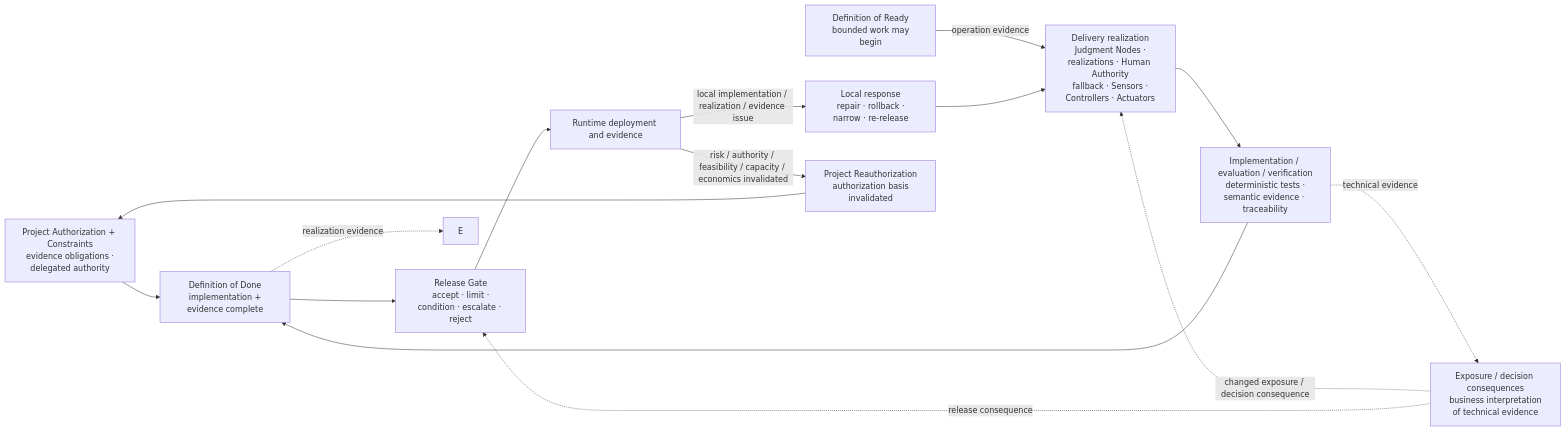
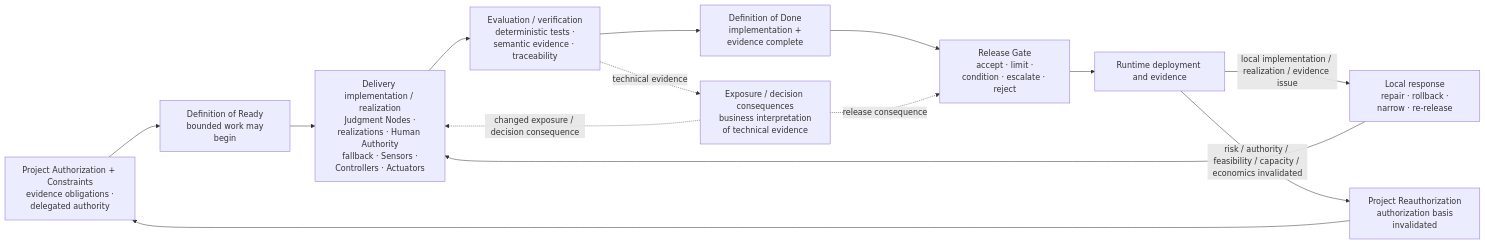
Before and after one commit to UncertaintyArchitectureGroup/uncertainty-architecture: diagram 12 of 15 in content/research/notes/open-engineering-specification-article-draft.md, drawn with Mermaid. The commit also changed other lines of this file and 1 other file, not shown here.

````diff
--- a/content/research/notes/open-engineering-specification-article-draft.md
+++ b/content/research/notes/open-engineering-specification-article-draft.md
@@ -712,21 +718,20 @@
 ```mermaid
 flowchart LR
     P["Project Authorization + Constraints<br/> evidence obligations · delegated authority"]
     R["Definition of Ready<br/> bounded work may begin"]
-    ENG["Delivery realization<br/> Judgment Nodes · realizations · Human Authority<br/> fallback · Sensors · Controllers · Actuators"]
-    VER["Implementation / evaluation / verification<br/> deterministic tests · semantic evidence · traceability"]
+    ENG["Delivery implementation / realization<br/> Judgment Nodes · realizations · Human Authority<br/> fallback · Sensors · Controllers · Actuators"]
+    VER["Evaluation / verification<br/> deterministic tests · semantic evidence · traceability"]
     BIZ["Exposure / decision consequences<br/> business interpretation of technical evidence"]
     D["Definition of Done<br/> implementation + evidence complete"]
     G["Release Gate<br/> accept · limit · condition · escalate · reject"]
     RUN["Runtime deployment and evidence"]
     LOCAL["Local response<br/> repair · rollback · narrow · re-release"]
     REAUTH["Project Reauthorization<br/> authorization basis invalidated"]
 
-    P --> D -.->|realization evidence| E
-    R -->|operation evidence| ENG --> VER --> D --> G --> RUN
+    P --> R --> ENG --> VER --> D --> G --> RUN
     VER -.->|technical evidence| BIZ
     BIZ -.->|changed exposure / decision consequence| ENG
     BIZ -.->|release consequence| G
     RUN -->|local implementation / realization / evidence issue| LOCAL --> ENG
     RUN -->|risk / authority / feasibility / capacity / economics invalidated| REAUTH --> P
 ```
````
